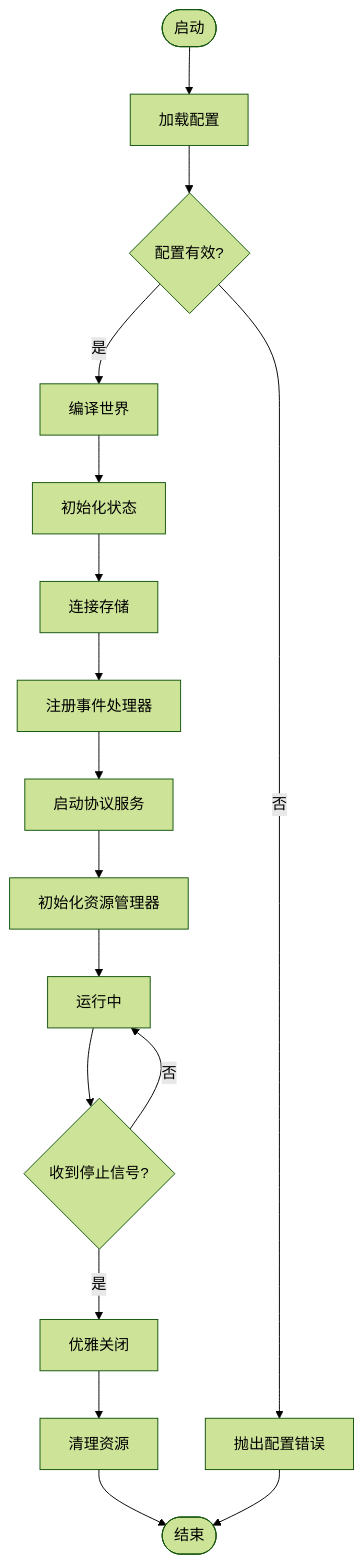
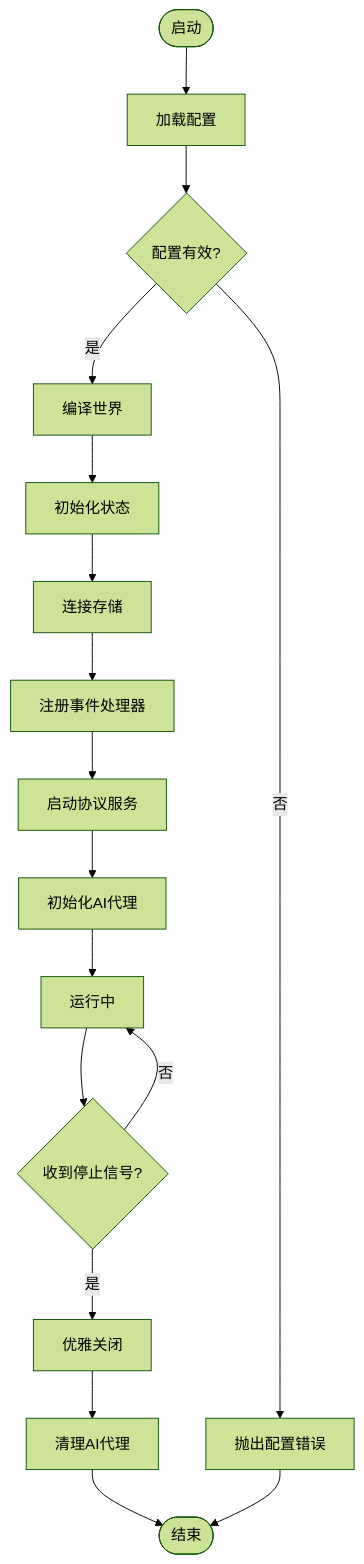
Before and after one commit to Ivandanslespace/thegreatnovel: the third of 12 diagrams in .qoder/repowiki/zh/content/运行时系统/运行时核心.md, drawn with Mermaid (forest theme). The commit also changed other lines of this file and 100 other files, not shown here.

````diff
--- a/.qoder/repowiki/zh/content/运行时系统/运行时核心.md
+++ b/.qoder/repowiki/zh/content/运行时系统/运行时核心.md
@@ -214,19 +219,19 @@
 ```mermaid
 flowchart TD
 Start(["启动"]) --> LoadCfg["加载配置"]
 LoadCfg --> Validate{"配置有效?"}
 Validate --> |否| FailCfg["抛出配置错误"]
 Validate --> |是| CompileWorld["编译世界"]
 CompileWorld --> InitState["初始化状态"]
 InitState --> ConnectStore["连接存储"]
 ConnectStore --> RegisterEvents["注册事件处理器"]
 RegisterEvents --> StartProtocol["启动协议服务"]
-StartProtocol --> InitResources["初始化资源管理器"]
-InitResources --> Running["运行中"]
+StartProtocol --> InitAI["初始化AI代理"]
+InitAI --> Running["运行中"]
 Running --> StopSignal{"收到停止信号?"}
 StopSignal --> |否| Running
 StopSignal --> |是| GracefulShutdown["优雅关闭"]
-GracefulShutdown --> CleanupResources["清理资源"]
-CleanupResources --> End(["结束"])
+GracefulShutdown --> CleanupAI["清理AI代理"]
+CleanupAI --> End(["结束"])
 FailCfg --> End
 ```
````
